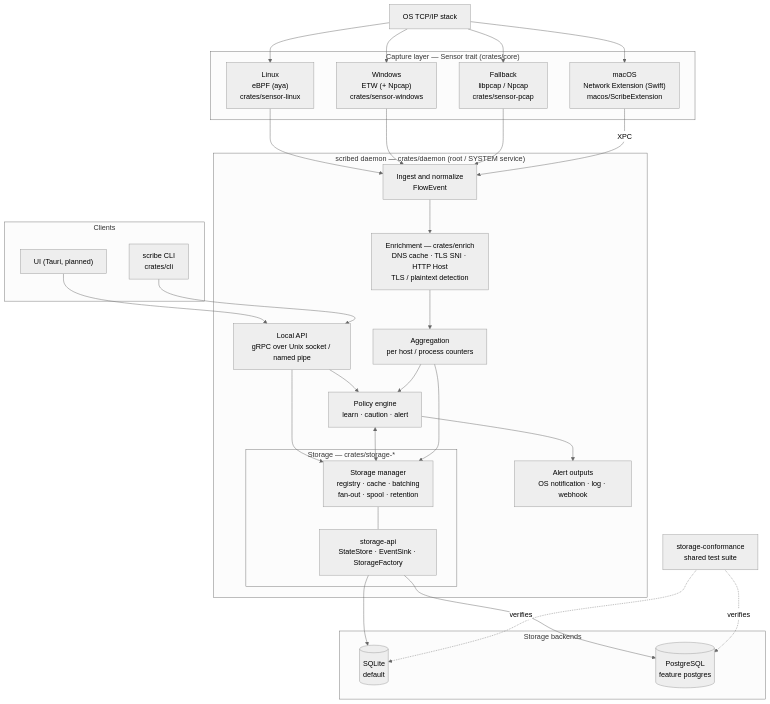
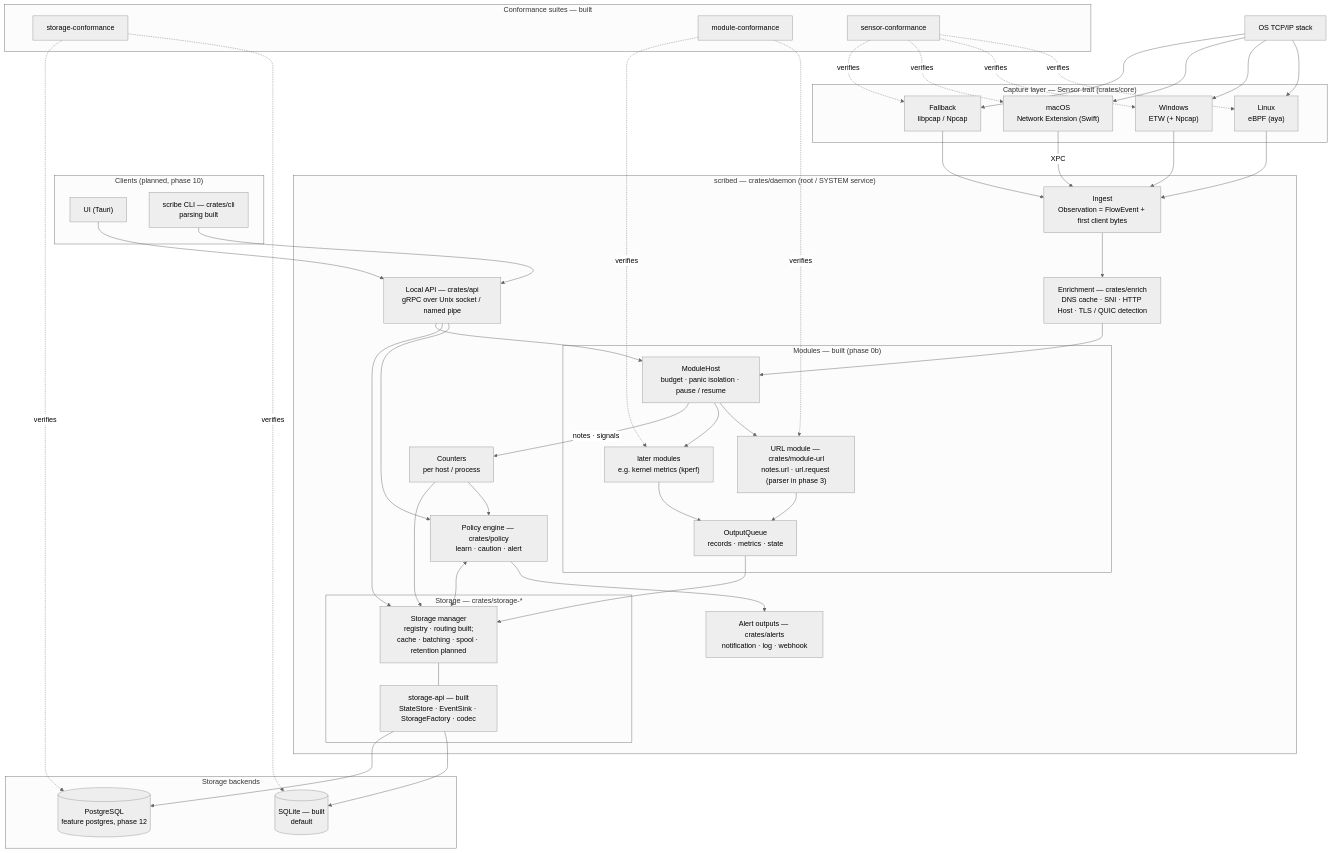
Before and after one commit to savex/scribe: the first of 8 diagrams in workfiles/diagram.md, drawn with Mermaid (neutral theme). The commit also changed other lines of this file and 3 other files, not shown here.

First line of the commit message:
Update diagrams and test approach after phase 1

````diff
--- a/workfiles/diagram.md
+++ b/workfiles/diagram.md
@@ -5,54 +20,70 @@
 ```mermaid
 flowchart TB
-    subgraph clients["Clients"]
-        ui["UI (Tauri, planned)"]
-        cli["scribe CLI<br/>crates/cli"]
+    subgraph clients["Clients (planned, phase 10)"]
+        ui["UI (Tauri)"]
+        cli["scribe CLI — crates/cli<br/>parsing built"]
     end
 
-    subgraph daemon["scribed daemon — crates/daemon (root / SYSTEM service)"]
-        api["Local API<br/>gRPC over Unix socket / named pipe"]
-        ingest["Ingest and normalize<br/>FlowEvent"]
-        enrich["Enrichment — crates/enrich<br/>DNS cache · TLS SNI · HTTP Host<br/>TLS / plaintext detection"]
-        agg["Aggregation<br/>per host / process counters"]
-        policy["Policy engine<br/>learn · caution · alert"]
-        alerts["Alert outputs<br/>OS notification · log · webhook"]
+    subgraph daemon["scribed — crates/daemon (root / SYSTEM service)"]
+        api["Local API — crates/api<br/>gRPC over Unix socket / named pipe"]
+        ingest["Ingest<br/>Observation = FlowEvent + first client bytes"]
+        enrich["Enrichment — crates/enrich<br/>DNS cache · SNI · HTTP Host · TLS / QUIC detection"]
+        subgraph mods["Modules — built (phase 0b)"]
+            host["ModuleHost<br/>budget · panic isolation · pause / resume"]
+            url["URL module — crates/module-url<br/>notes.url · url.request (parser in phase 3)"]
+            later["later modules<br/>e.g. kernel metrics (kperf)"]
+            queue["OutputQueue<br/>records · metrics · state"]
+        end
+        agg["Counters<br/>per host / process"]
+        policy["Policy engine — crates/policy<br/>learn · caution · alert"]
+        alerts["Alert outputs — crates/alerts<br/>notification · log · webhook"]
 
         subgraph storage["Storage — crates/storage-*"]
-            manager["Storage manager<br/>registry · cache · batching<br/>fan-out · spool · retention"]
-            api_traits["storage-api<br/>StateStore · EventSink · StorageFactory"]
+            manager["Storage manager<br/>registry · routing built;<br/>cache · batching · spool · retention planned"]
+            api_traits["storage-api — built<br/>StateStore · EventSink · StorageFactory · codec"]
         end
     end
 
     subgraph backends["Storage backends"]
-        sqlite[("SQLite<br/>default")]
-        pg[("PostgreSQL<br/>feature postgres")]
+        sqlite[("SQLite — built<br/>default")]
+        pg[("PostgreSQL<br/>feature postgres, phase 12")]
     end
 
-    conf["storage-conformance<br/>shared test suite"]
+    subgraph conformance["Conformance suites — built"]
+        sconf["storage-conformance"]
+        mconf["module-conformance"]
+        snconf["sensor-conformance"]
+    end
 
     subgraph sensors["Capture layer — Sensor trait (crates/core)"]
-        linux["Linux<br/>eBPF (aya)<br/>crates/sensor-linux"]
-        win["Windows<br/>ETW (+ Npcap)<br/>crates/sensor-windows"]
-        mac["macOS<br/>Network Extension (Swift)<br/>macos/ScribeExtension"]
-        pcap["Fallback<br/>libpcap / Npcap<br/>crates/sensor-pcap"]
+        linux["Linux<br/>eBPF (aya)"]
+        win["Windows<br/>ETW (+ Npcap)"]
+        mac["macOS<br/>Network Extension (Swift)"]
+        pcap["Fallback<br/>libpcap / Npcap"]
     end
 
     kernel["OS TCP/IP stack"]
 
     ui --> api
     cli --> api
     api --> policy
     api --> manager
+    api --> host
 
     kernel --> linux & win & mac & pcap
     linux & win & pcap --> ingest
     mac -- XPC --> ingest
 
-    ingest --> enrich --> agg --> policy
+    ingest --> enrich --> host
+    host --> url & later
+    host -- notes · signals --> agg --> policy
+    url & later --> queue --> manager
     policy --> alerts
     policy <--> manager
     agg --> manager
     manager --- api_traits
     api_traits --> sqlite & pg
-    conf -. verifies .-> sqlite & pg
+    sconf -. verifies .-> sqlite & pg
+    mconf -. verifies .-> url & later
+    snconf -. verifies .-> linux & win & mac & pcap
 ```
````
